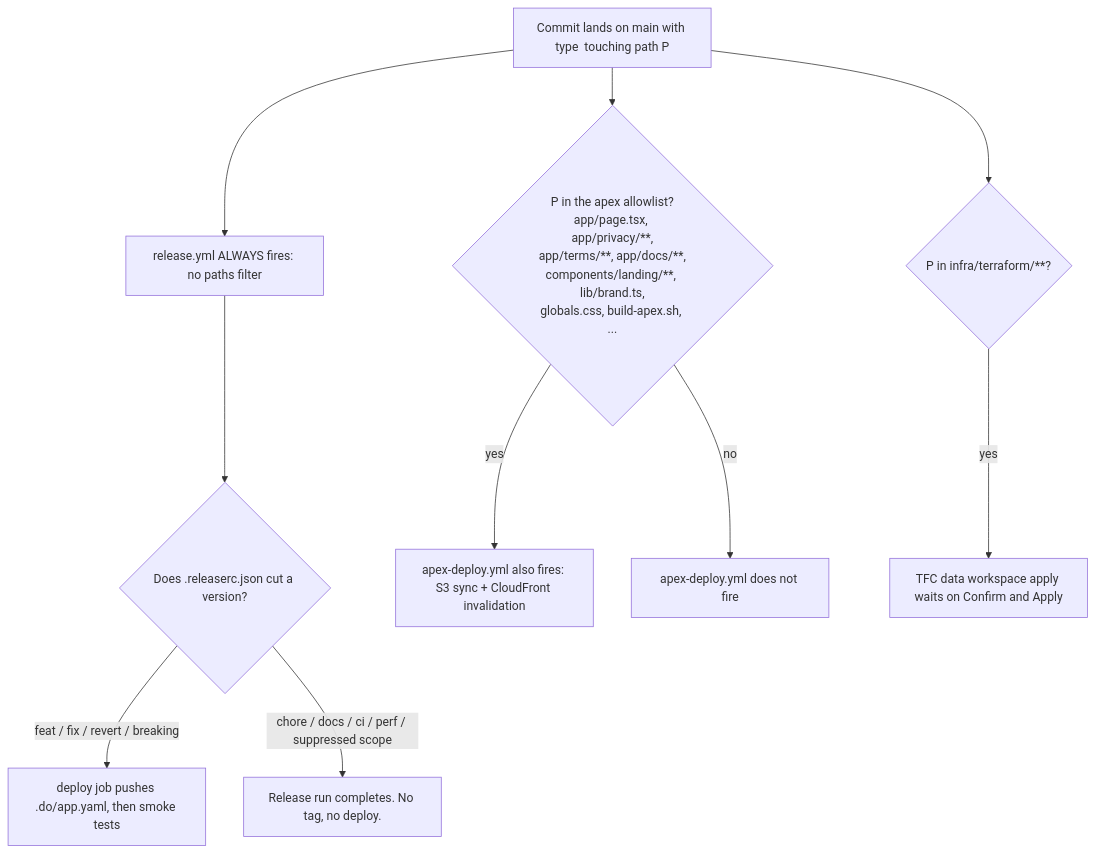
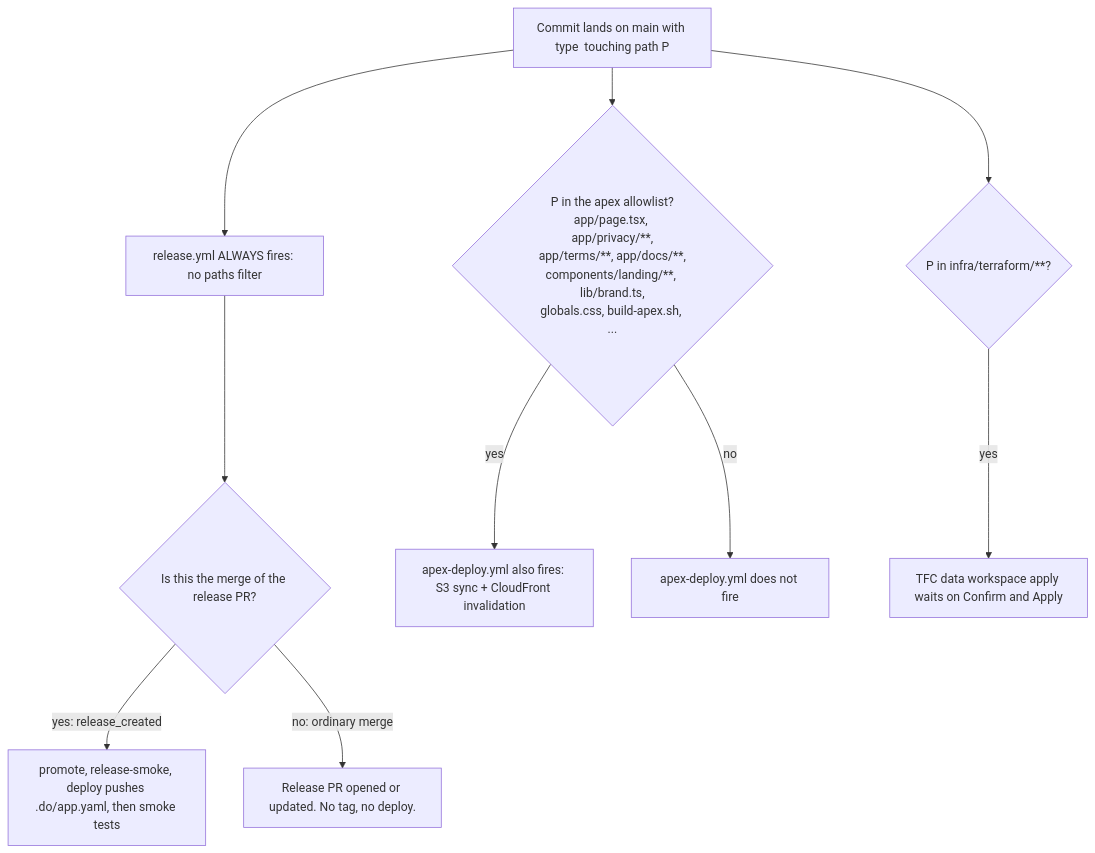
One commit to fjcloudaiconsulting/tbd changed the eighth of 8 diagrams in docs/operations/DEPLOYMENT.md. Above: the diagram before and after it, drawn with Mermaid. The commit also changed other lines of this file and 33 other files, not shown here.

````diff
--- a/docs/operations/DEPLOYMENT.md
+++ b/docs/operations/DEPLOYMENT.md
@@ -777,15 +770,15 @@
 ```mermaid
 flowchart TD
   start[Commit lands on main with type <type> touching path P]
   start --> rel[release.yml ALWAYS fires: no paths filter]
-  rel --> semrel{Does .releaserc.json cut a version?}
-  semrel -- "feat / fix / revert / breaking" --> deploy[deploy job pushes .do/app.yaml, then smoke tests]
-  semrel -- "chore / docs / ci / perf / suppressed scope" --> noship[Release run completes. No tag, no deploy.]
+  rel --> semrel{Is this the merge of the release PR?}
+  semrel -- "yes: release_created" --> deploy[promote, release-smoke, deploy pushes .do/app.yaml, then smoke tests]
+  semrel -- "no: ordinary merge" --> noship[Release PR opened or updated. No tag, no deploy.]
 
   start --> apexq{P in the apex allowlist?<br/>app/page.tsx, app/privacy/**,<br/>app/terms/**, app/docs/**,<br/>components/landing/**, lib/brand.ts,<br/>globals.css, build-apex.sh, ...}
   apexq -- yes --> apex[apex-deploy.yml also fires: S3 sync + CloudFront invalidation]
   apexq -- no --> apexno[apex-deploy.yml does not fire]
 
   start --> tf2{P in infra/terraform/**?}
   tf2 -- yes --> tfpfv[TFC data workspace apply waits on Confirm and Apply]
 ```
````
